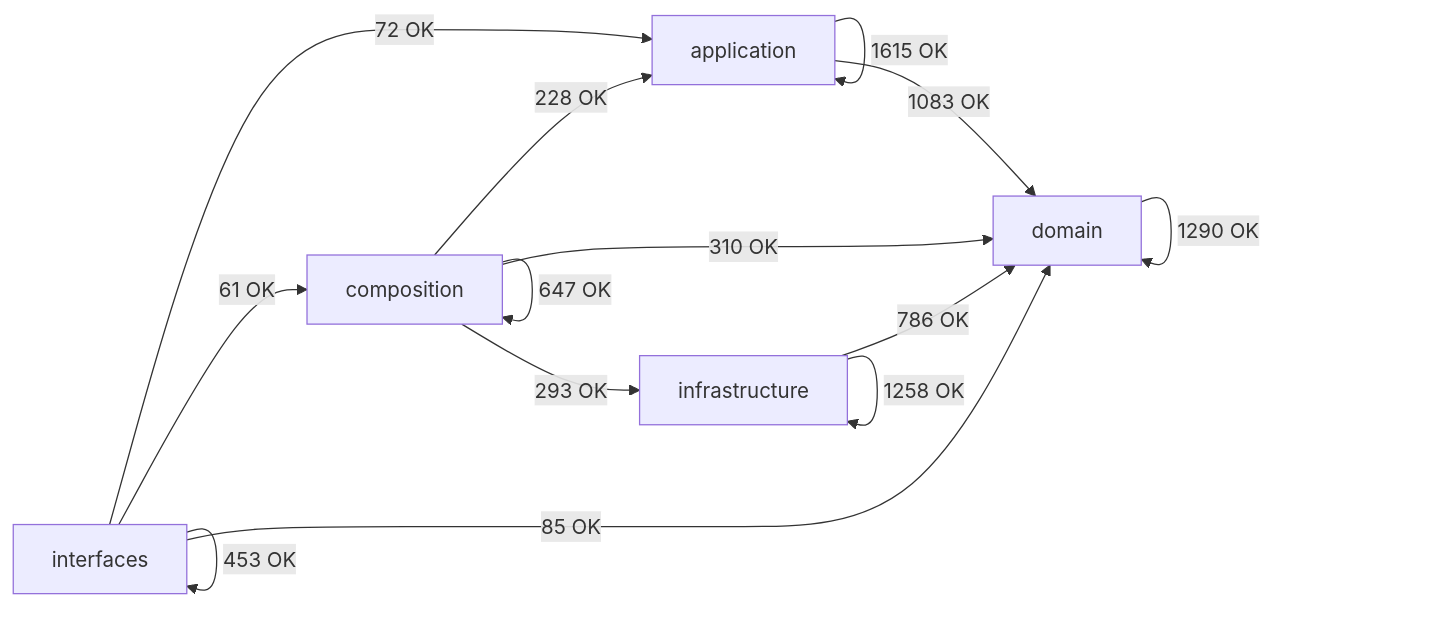
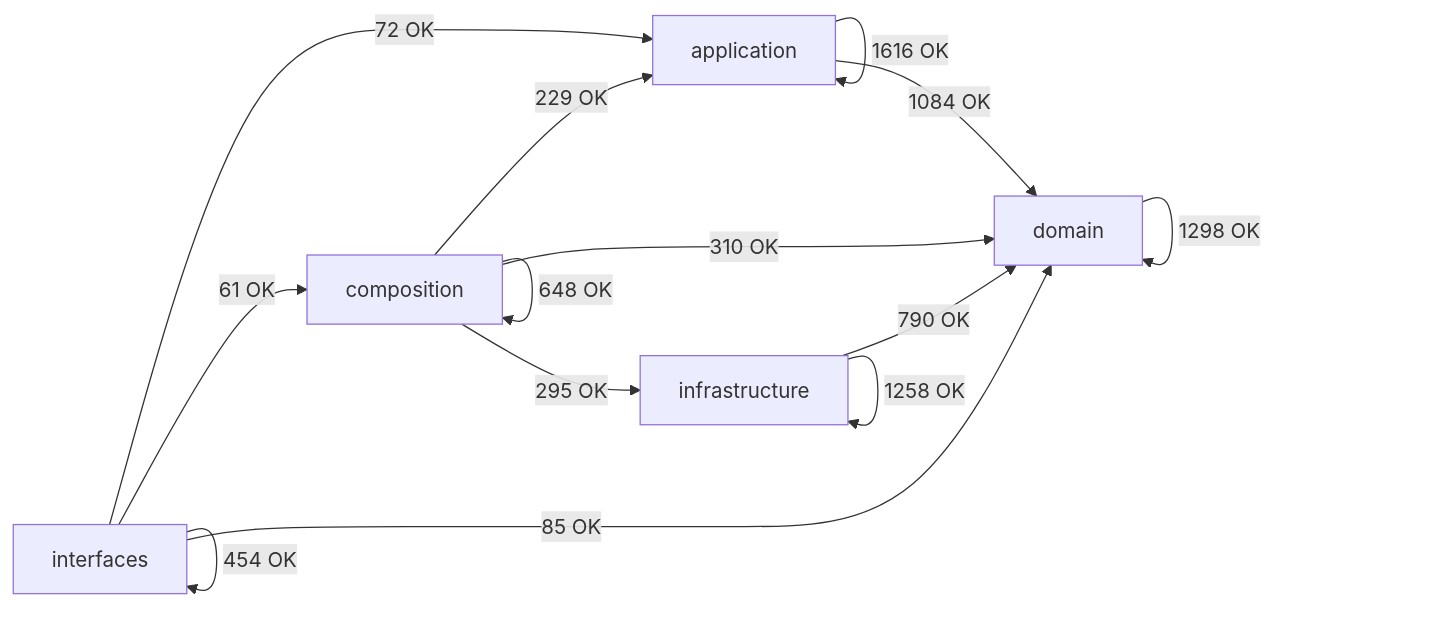
Before and after one commit to SatoryKono/BioactivityDataAcquisition: the diagram in docs/02-architecture/generated/module-dependency-map.md, drawn with Mermaid. The commit also changed other lines of this file and 104 other files, not shown here.

````diff
--- a/docs/02-architecture/generated/module-dependency-map.md
+++ b/docs/02-architecture/generated/module-dependency-map.md
@@ -17,21 +17,21 @@
 ```mermaid
 flowchart LR
     domain[domain]
     application[application]
     infrastructure[infrastructure]
     composition[composition]
     interfaces[interfaces]
-    application -->|1615 OK| application
-    application -->|1083 OK| domain
-    composition -->|228 OK| application
-    composition -->|647 OK| composition
+    application -->|1616 OK| application
+    application -->|1084 OK| domain
+    composition -->|229 OK| application
+    composition -->|648 OK| composition
     composition -->|310 OK| domain
-    composition -->|293 OK| infrastructure
-    domain -->|1290 OK| domain
-    infrastructure -->|786 OK| domain
+    composition -->|295 OK| infrastructure
+    domain -->|1298 OK| domain
+    infrastructure -->|790 OK| domain
     infrastructure -->|1258 OK| infrastructure
     interfaces -->|72 OK| application
     interfaces -->|61 OK| composition
     interfaces -->|85 OK| domain
-    interfaces -->|453 OK| interfaces
+    interfaces -->|454 OK| interfaces
 ```
````
